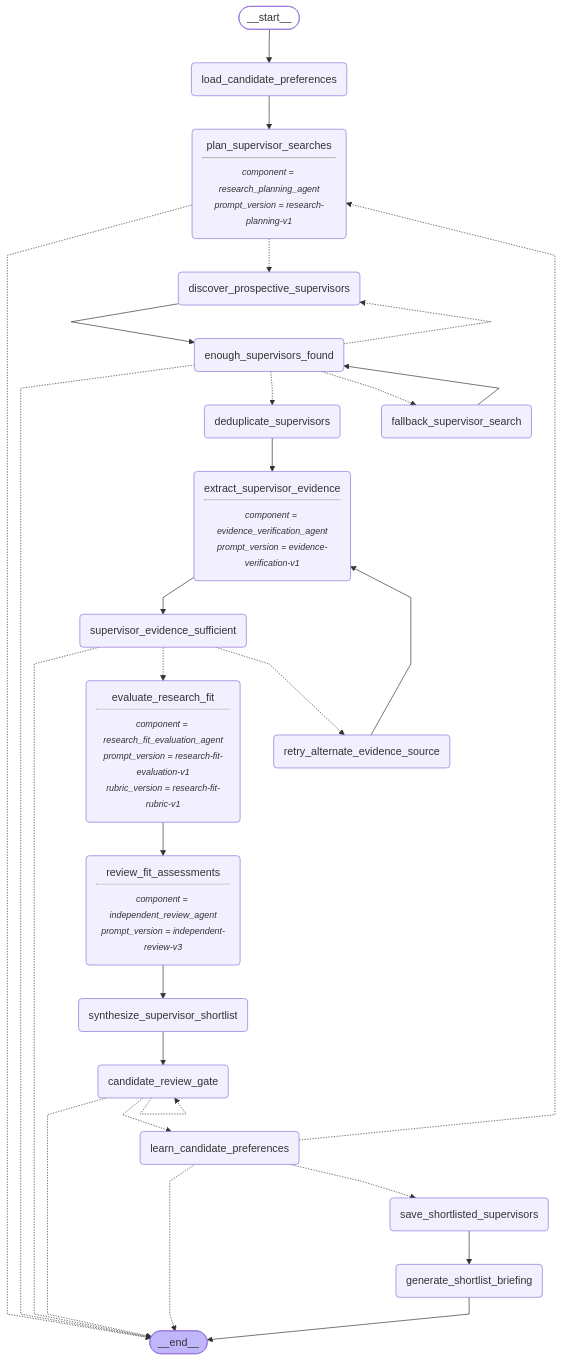
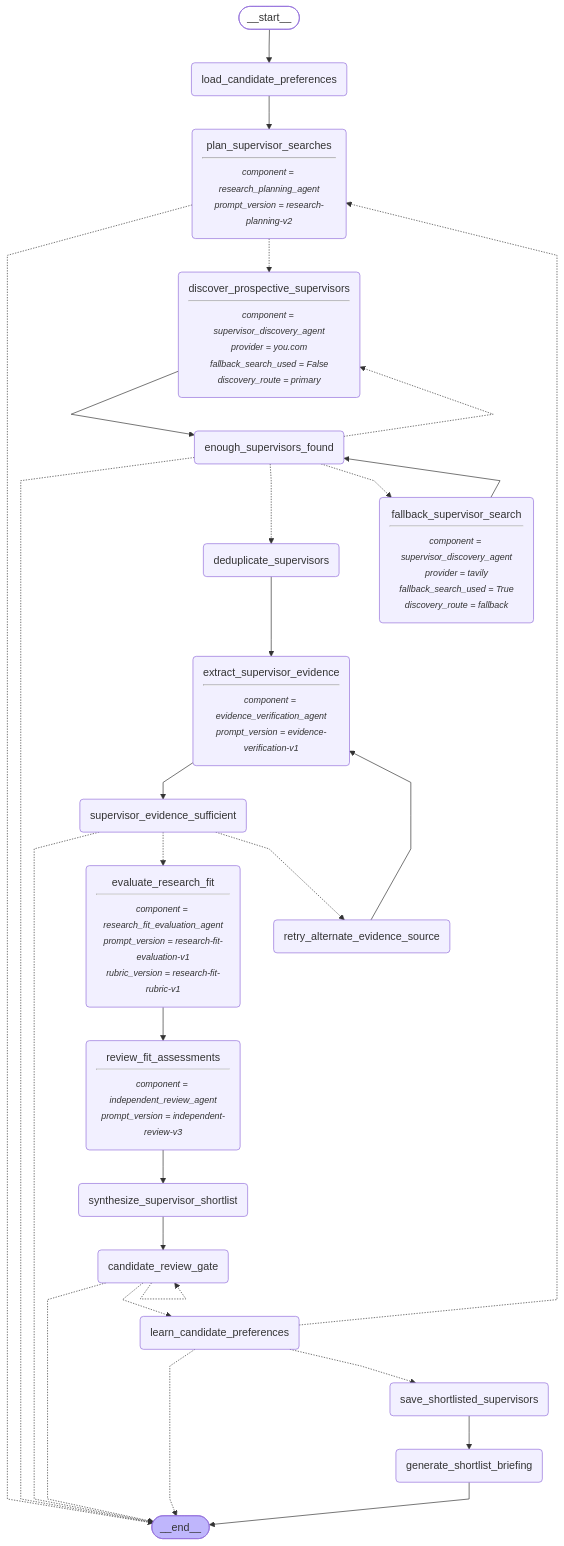
One commit to shanly-rajan/ai-builder changed the diagram in projects/scholar-path/docs/m10-candidate-preference-memory-graph.mmd. Above: the diagram before and after it, drawn with Mermaid. The commit also changed 33 other files, not shown here.

```diff
--- a/projects/scholar-path/docs/m10-candidate-preference-memory-graph.mmd
+++ b/projects/scholar-path/docs/m10-candidate-preference-memory-graph.mmd
@@ -1,59 +1,65 @@
 ---
 config:
   flowchart:
     curve: linear
 ---
 graph TD;
 	__start__([<p>__start__</p>]):::first
 	load_candidate_preferences(load_candidate_preferences)
 	plan_supervisor_searches(plan_supervisor_searches<hr/><small><em>component = research_planning_agent
-prompt_version = research-planning-v1</em></small>)
-	discover_prospective_supervisors(discover_prospective_supervisors)
+prompt_version = research-planning-v2</em></small>)
+	discover_prospective_supervisors(discover_prospective_supervisors<hr/><small><em>component = supervisor_discovery_agent
+provider = you.com
+fallback_search_used = False
+discovery_route = primary</em></small>)
 	enough_supervisors_found(enough_supervisors_found)
-	fallback_supervisor_search(fallback_supervisor_search)
+	fallback_supervisor_search(fallback_supervisor_search<hr/><small><em>component = supervisor_discovery_agent
+provider = tavily
+fallback_search_used = True
+discovery_route = fallback</em></small>)
 	deduplicate_supervisors(deduplicate_supervisors)
 	extract_supervisor_evidence(extract_supervisor_evidence<hr/><small><em>component = evidence_verification_agent
 prompt_version = evidence-verification-v1</em></small>)
 	supervisor_evidence_sufficient(supervisor_evidence_sufficient)
 	retry_alternate_evidence_source(retry_alternate_evidence_source)
 	evaluate_research_fit(evaluate_research_fit<hr/><small><em>component = research_fit_evaluation_agent
 prompt_version = research-fit-evaluation-v1
 rubric_version = research-fit-rubric-v1</em></small>)
 	review_fit_assessments(review_fit_assessments<hr/><small><em>component = independent_review_agent
 prompt_version = independent-review-v3</em></small>)
 	synthesize_supervisor_shortlist(synthesize_supervisor_shortlist)
 	candidate_review_gate(candidate_review_gate)
 	learn_candidate_preferences(learn_candidate_preferences)
 	save_shortlisted_supervisors(save_shortlisted_supervisors)
 	generate_shortlist_briefing(generate_shortlist_briefing)
 	__end__([<p>__end__</p>]):::last
 	__start__ --> load_candidate_preferences;
 	candidate_review_gate -.-> __end__;
 	candidate_review_gate -.-> learn_candidate_preferences;
 	deduplicate_supervisors --> extract_supervisor_evidence;
 	discover_prospective_supervisors --> enough_supervisors_found;
 	enough_supervisors_found -.-> __end__;
 	enough_supervisors_found -.-> deduplicate_supervisors;
 	enough_supervisors_found -.-> discover_prospective_supervisors;
 	enough_supervisors_found -.-> fallback_supervisor_search;
 	evaluate_research_fit --> review_fit_assessments;
 	extract_supervisor_evidence --> supervisor_evidence_sufficient;
 	fallback_supervisor_search --> enough_supervisors_found;
 	learn_candidate_preferences -.-> __end__;
 	learn_candidate_preferences -.-> plan_supervisor_searches;
 	learn_candidate_preferences -.-> save_shortlisted_supervisors;
 	load_candidate_preferences --> plan_supervisor_searches;
 	plan_supervisor_searches -.-> __end__;
 	plan_supervisor_searches -.-> discover_prospective_supervisors;
 	retry_alternate_evidence_source --> extract_supervisor_evidence;
 	review_fit_assessments --> synthesize_supervisor_shortlist;
 	save_shortlisted_supervisors --> generate_shortlist_briefing;
 	supervisor_evidence_sufficient -.-> __end__;
 	supervisor_evidence_sufficient -.-> evaluate_research_fit;
 	supervisor_evidence_sufficient -.-> retry_alternate_evidence_source;
 	synthesize_supervisor_shortlist --> candidate_review_gate;
 	generate_shortlist_briefing --> __end__;
 	candidate_review_gate -.-> candidate_review_gate;
 	classDef default fill:#f2f0ff,line-height:1.2
 	classDef first fill-opacity:0
 	classDef last fill:#bfb6fc
```
